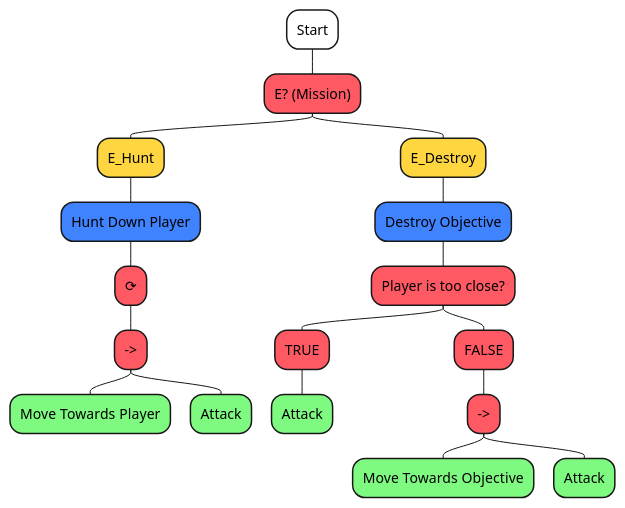
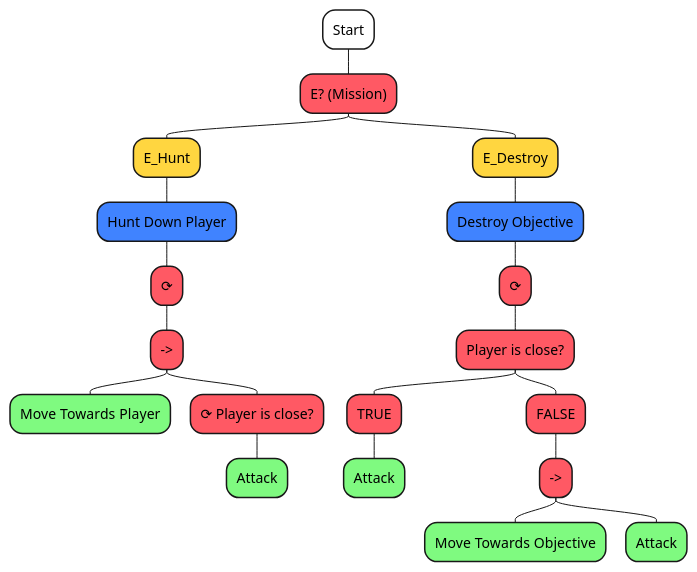
Before and after one commit to OFCLeoS/dcs-unity-URG: the diagram in ARCH/Entities/ARCH_EnemyAI.pu, drawn with PlantUML. The commit also changed 26 other files, not shown here.

```diff
--- a/ARCH/Entities/ARCH_EnemyAI.pu
+++ b/ARCH/Entities/ARCH_EnemyAI.pu
@@ -1,20 +1,22 @@
 @startmindmap Enemy Behaviour Tree
 top to bottom direction
 *[#FFFFFF] Start
 **[#FF5964] E? (Mission)
 ***[#FFD640] E_Hunt
 ****[#4083FF] Hunt Down Player
 *****[#FF5964] ⟳
 ******[#FF5964] ->
 *******[#7FFA80] Move Towards Player
-*******[#7FFA80] Attack
+*******[#FF5964] ⟳ Player is close?
+********[#7FFA80] Attack
 ***[#FFD640] E_Destroy
 ****[#4083FF] Destroy Objective
-*****[#FF5964] Player is too close?
-******[#FF5964] TRUE
-*******[#7FFA80] Attack
-******[#FF5964] FALSE
-*******[#FF5964] ->
-********[#7FFA80] Move Towards Objective
+*****[#FF5964] ⟳
+******[#FF5964] Player is close?
+*******[#FF5964] TRUE
 ********[#7FFA80] Attack
+*******[#FF5964] FALSE
+********[#FF5964] ->
+*********[#7FFA80] Move Towards Objective
+*********[#7FFA80] Attack
 @endmindmap
```
